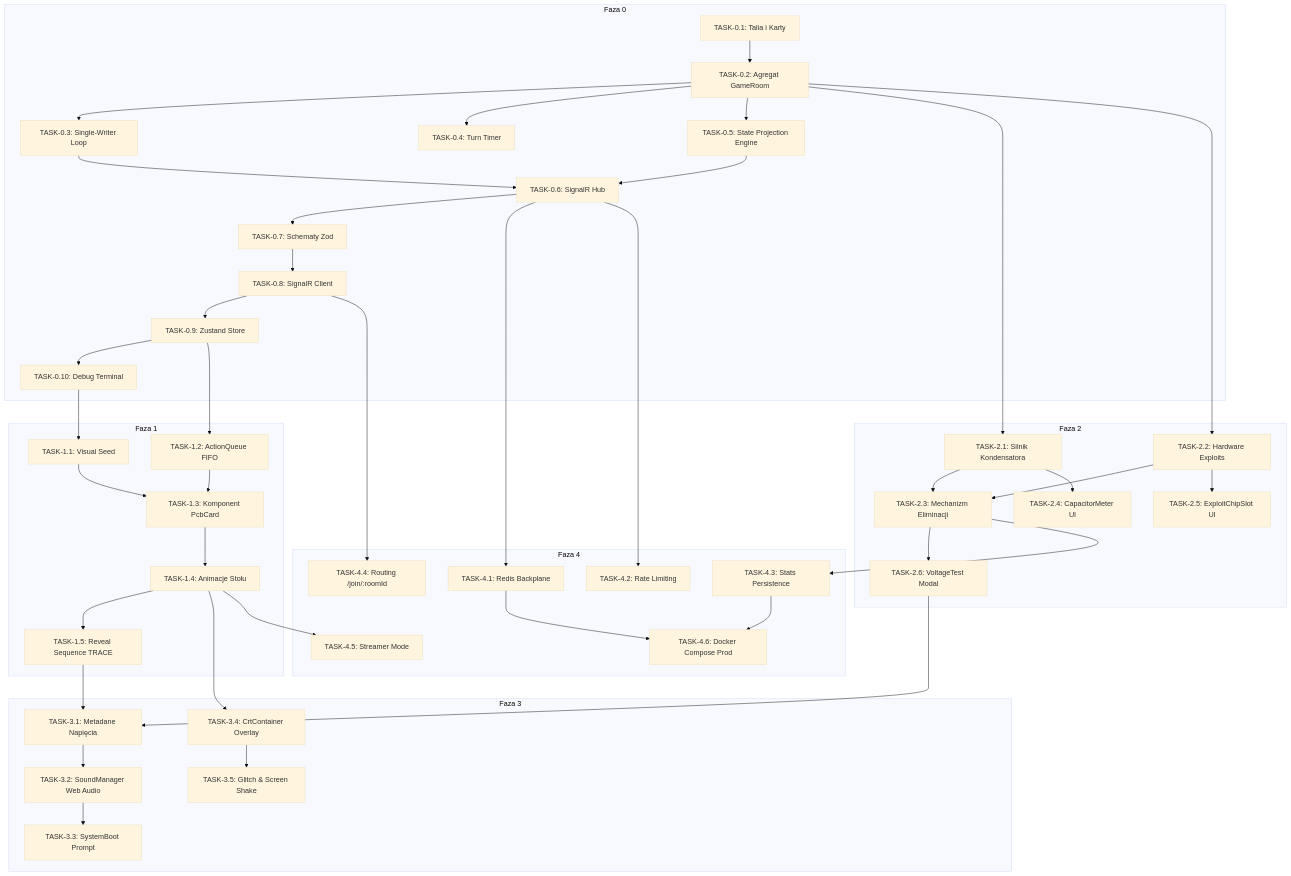
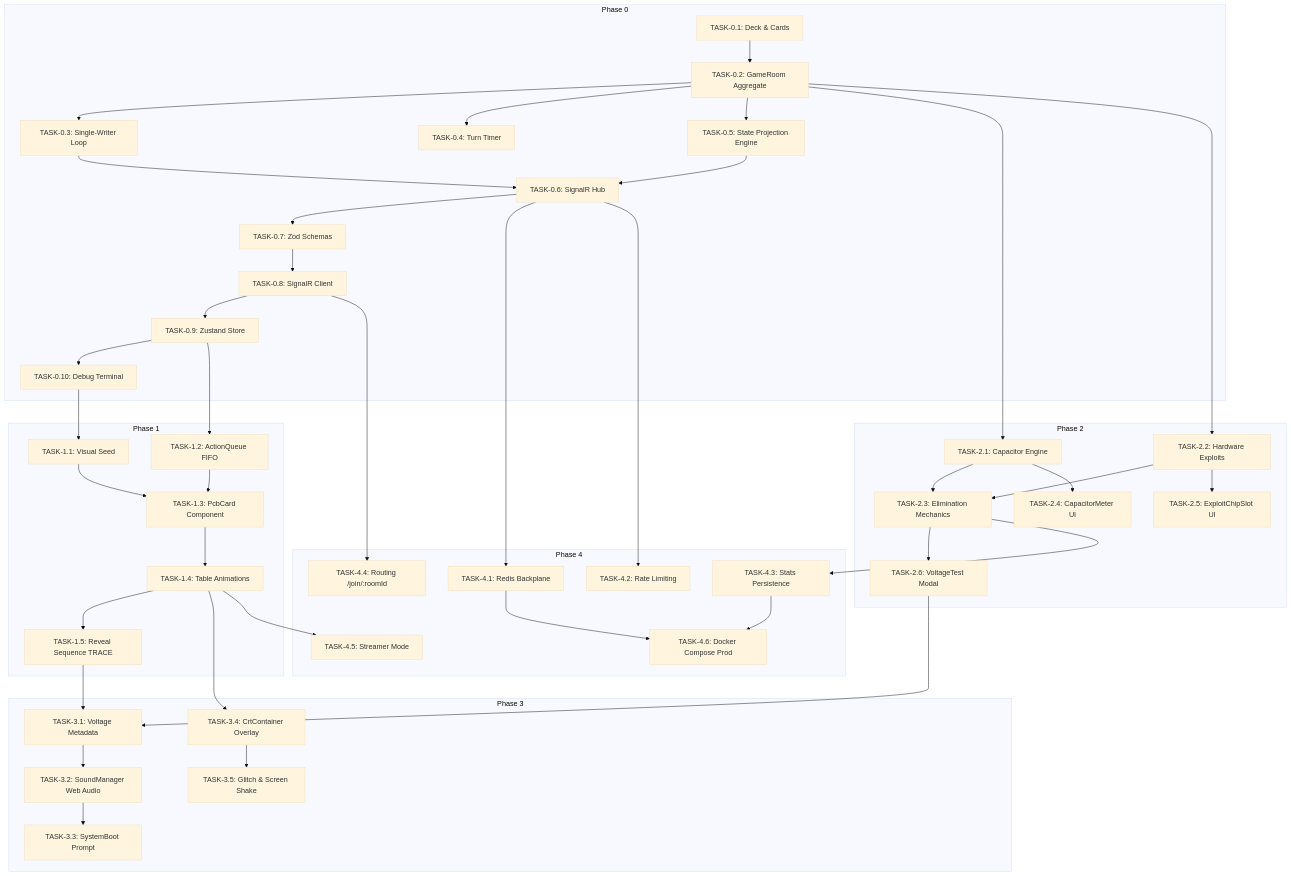
The diagram in docs/roadmaps/development-roadmap.md (MateuszBrankiewicz/Overclock), drawn with Mermaid (base theme) before and after one commit. The commit also changed other lines of this file, not shown here.

First line of the commit message:
docs(roadmap): translate development roadmap to English

````diff
--- a/docs/roadmaps/development-roadmap.md
+++ b/docs/roadmaps/development-roadmap.md
@@ -461,48 +461,48 @@
 ```mermaid
 graph TD
-    subgraph Faza 0
-        T01[TASK-0.1: Talia i Karty] --> T02[TASK-0.2: Agregat GameRoom]
-        T02 --> T03[TASK-0.3: Single-Writer Loop]
-        T02 --> T04[TASK-0.4: Turn Timer]
-        T02 --> T05[TASK-0.5: State Projection Engine]
-        T03 & T05 --> T06[TASK-0.6: SignalR Hub]
-        T06 --> T07[TASK-0.7: Schematy Zod]
-        T07 --> T08[TASK-0.8: SignalR Client]
-        T08 --> T09[TASK-0.9: Zustand Store]
-        T09 --> T10[TASK-0.10: Debug Terminal]
+    subgraph Phase 0
+        T01["TASK-0.1: Deck & Cards"] --> T02["TASK-0.2: GameRoom Aggregate"]
+        T02 --> T03["TASK-0.3: Single-Writer Loop"]
+        T02 --> T04["TASK-0.4: Turn Timer"]
+        T02 --> T05["TASK-0.5: State Projection Engine"]
+        T03 & T05 --> T06["TASK-0.6: SignalR Hub"]
+        T06 --> T07["TASK-0.7: Zod Schemas"]
+        T07 --> T08["TASK-0.8: SignalR Client"]
+        T08 --> T09["TASK-0.9: Zustand Store"]
+        T09 --> T10["TASK-0.10: Debug Terminal"]
     end
 
-    subgraph Faza 1
-        T10 --> T11[TASK-1.1: Visual Seed]
-        T09 --> T12[TASK-1.2: ActionQueue FIFO]
-        T11 & T12 --> T13[TASK-1.3: Komponent PcbCard]
-        T13 --> T14[TASK-1.4: Animacje Stołu]
-        T14 --> T15[TASK-1.5: Reveal Sequence TRACE]
+    subgraph Phase 1
+        T10 --> T11["TASK-1.1: Visual Seed"]
+        T09 --> T12["TASK-1.2: ActionQueue FIFO"]
+        T11 & T12 --> T13["TASK-1.3: PcbCard Component"]
+        T13 --> T14["TASK-1.4: Table Animations"]
+        T14 --> T15["TASK-1.5: Reveal Sequence TRACE"]
     end
 
-    subgraph Faza 2
-        T02 --> T21[TASK-2.1: Silnik Kondensatora]
-        T02 --> T22[TASK-2.2: Hardware Exploits]
-        T21 & T22 --> T23[TASK-2.3: Mechanizm Eliminacji]
-        T21 --> T24[TASK-2.4: CapacitorMeter UI]
-        T22 --> T25[TASK-2.5: ExploitChipSlot UI]
-        T23 --> T26[TASK-2.6: VoltageTest Modal]
+    subgraph Phase 2
+        T02 --> T21["TASK-2.1: Capacitor Engine"]
+        T02 --> T22["TASK-2.2: Hardware Exploits"]
+        T21 & T22 --> T23["TASK-2.3: Elimination Mechanics"]
+        T21 --> T24["TASK-2.4: CapacitorMeter UI"]
+        T22 --> T25["TASK-2.5: ExploitChipSlot UI"]
+        T23 --> T26["TASK-2.6: VoltageTest Modal"]
     end
 
-    subgraph Faza 3
-        T15 & T26 --> T31[TASK-3.1: Metadane Napięcia]
-        T31 --> T32[TASK-3.2: SoundManager Web Audio]
-        T32 --> T33[TASK-3.3: SystemBoot Prompt]
-        T14 --> T34[TASK-3.4: CrtContainer Overlay]
-        T34 --> T35[TASK-3.5: Glitch & Screen Shake]
+    subgraph Phase 3
+        T15 & T26 --> T31["TASK-3.1: Voltage Metadata"]
+        T31 --> T32["TASK-3.2: SoundManager Web Audio"]
+        T32 --> T33["TASK-3.3: SystemBoot Prompt"]
+        T14 --> T34["TASK-3.4: CrtContainer Overlay"]
+        T34 --> T35["TASK-3.5: Glitch & Screen Shake"]
     end
 
-    subgraph Faza 4
-        T06 --> T41[TASK-4.1: Redis Backplane]
-        T06 --> T42[TASK-4.2: Rate Limiting]
-        T23 --> T43[TASK-4.3: Stats Persistence]
-        T08 --> T44[TASK-4.4: Routing /join/:roomId]
-        T14 --> T45[TASK-4.5: Streamer Mode]
-        T41 & T43 --> T46[TASK-4.6: Docker Compose Prod]
+    subgraph Phase 4
+        T06 --> T41["TASK-4.1: Redis Backplane"]
+        T06 --> T42["TASK-4.2: Rate Limiting"]
+        T23 --> T43["TASK-4.3: Stats Persistence"]
+        T08 --> T44["TASK-4.4: Routing /join/:roomId"]
+        T14 --> T45["TASK-4.5: Streamer Mode"]
+        T41 & T43 --> T46["TASK-4.6: Docker Compose Prod"]
     end
 ```
````
